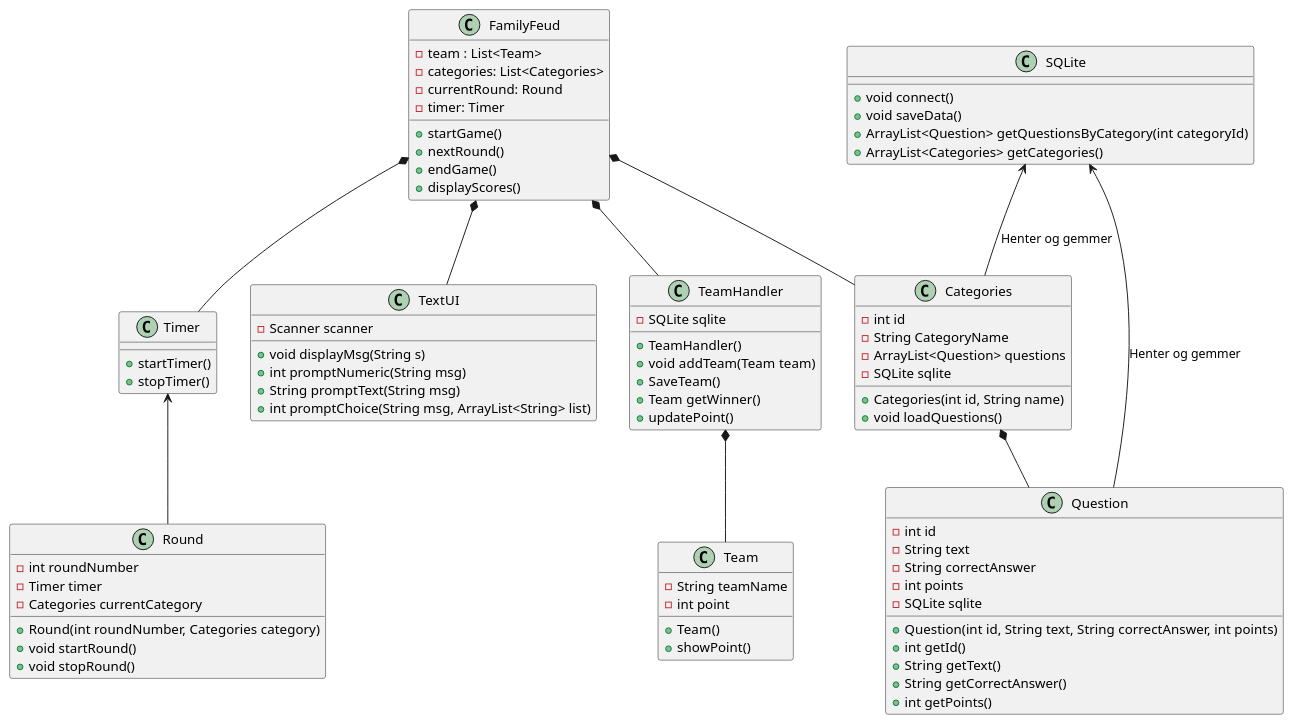
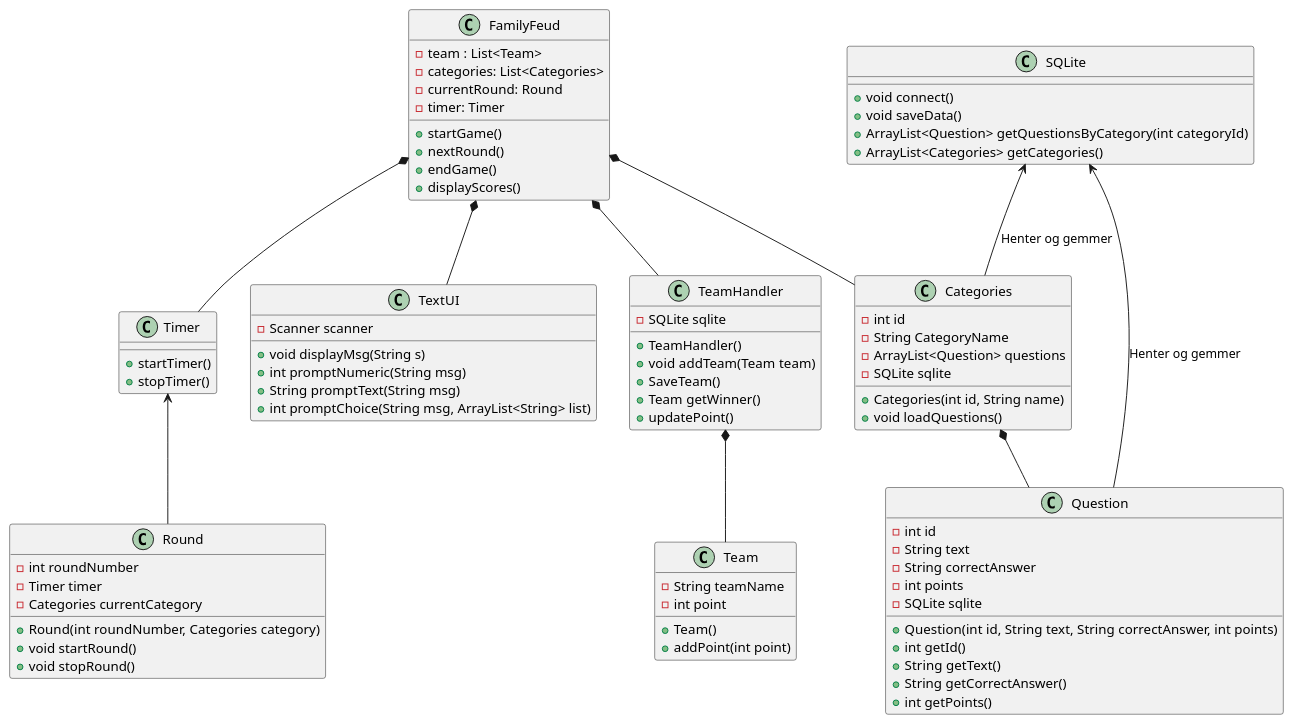
Before and after one commit to suzi558/ICE-project: the diagram in UML/UML V1.puml, drawn with PlantUML.

Commit message:
klassediagram

```diff
--- a/UML/UML V1.puml
+++ b/UML/UML V1.puml
@@ -1,83 +1,83 @@
 @startuml
 Class FamilyFeud{
 -team : List<Team>
 -categories: List<Categories>
 -currentRound: Round
 - timer: Timer
 + startGame()
 + nextRound()
 + endGame()
 + displayScores()
 }
 Class Categories{
 -int id
 -String CategoryName
 -ArrayList<Question> questions
 -SQLite sqlite
 +Categories(int id, String name)
 + void loadQuestions()
 }
 Class Team{
 - String teamName
 -int point
 +Team()
-+showPoint()
++addPoint(int point)
 
 }
 Class TeamHandler{
 -SQLite sqlite
 +TeamHandler()
 +void addTeam(Team team)
 +SaveTeam()
 +Team getWinner()
 +updatePoint()
 }
 Class Timer{
 +startTimer()
 +stopTimer()
 }
 Class Question{
 -int id
 -String text
 -String correctAnswer
 -int points
 -SQLite sqlite
 +Question(int id, String text, String correctAnswer, int points)
 +int getId()
 +String getText()
 +String getCorrectAnswer()
 +int getPoints()
 }
 Class SQLite{
 +void connect()
 +void saveData()
 +ArrayList<Question> getQuestionsByCategory(int categoryId)
 +ArrayList<Categories> getCategories()
 }
 Class TextUI{
 - Scanner scanner
 + void displayMsg(String s)
 + int promptNumeric(String msg)
 + String promptText(String msg)
 + int promptChoice(String msg, ArrayList<String> list)
 }
 Class Round{
  -int roundNumber
   -Timer timer
   -Categories currentCategory
   +Round(int roundNumber, Categories category)
   +void startRound()
   +void stopRound()
 }
 FamilyFeud *-- Categories
 FamilyFeud *-- TeamHandler
 FamilyFeud *-- Timer
 FamilyFeud *-- TextUI
 
 Categories *-- Question
 TeamHandler *-- Team
 SQLite <-- Categories : "Henter og gemmer"
 SQLite <-- Question : "Henter og gemmer"
 Timer <-- Round
 
 @enduml
```
